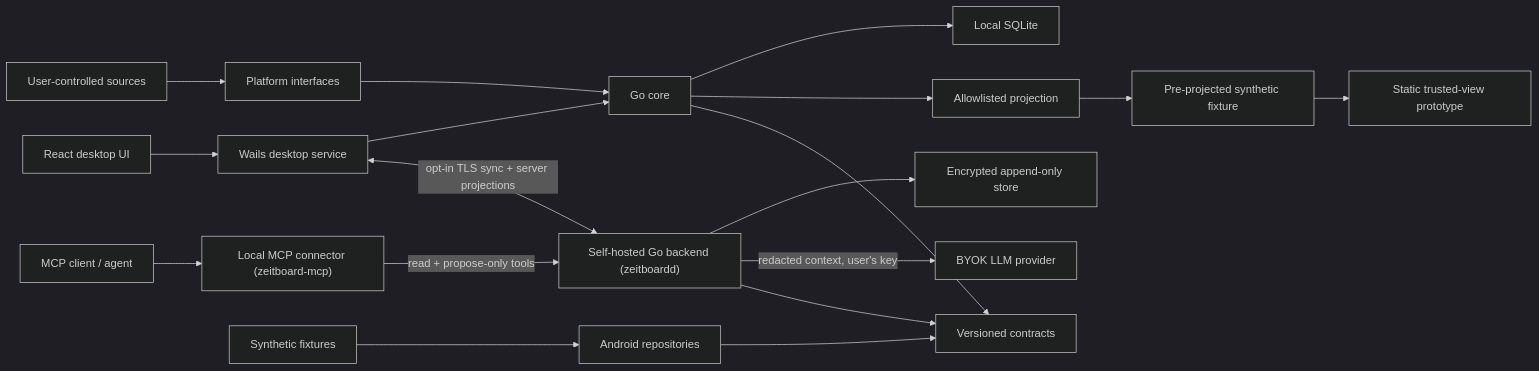
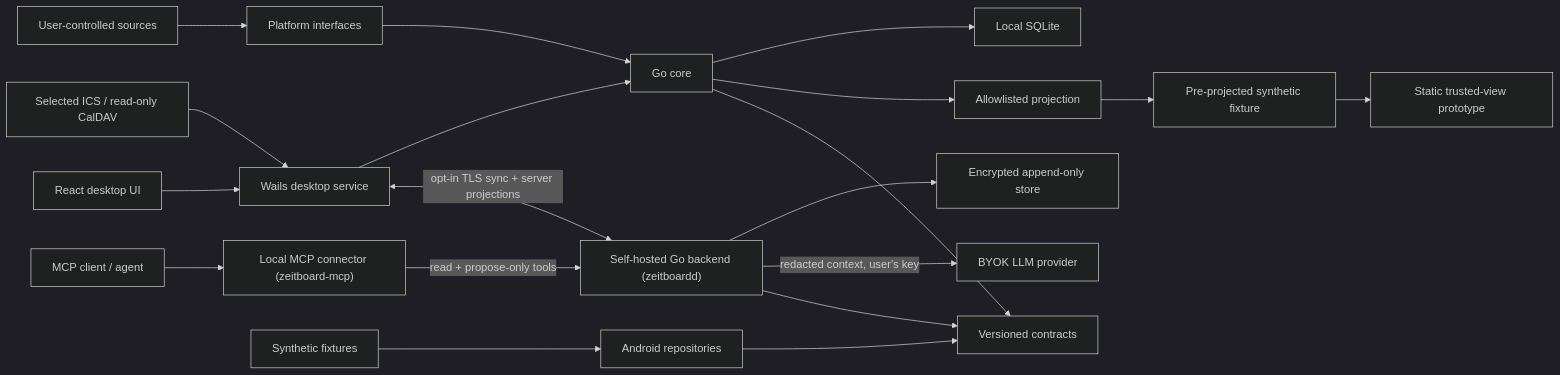
One commit to wellivea1/ZeitBoard changed the diagram in docs/architecture.md. Above: the diagram before and after it, drawn with Mermaid (dark theme). The commit also changed other lines of this file and 29 other files, not shown here.

````diff
--- a/docs/architecture.md
+++ b/docs/architecture.md
@@ -22,20 +22,21 @@
 ```mermaid
 flowchart LR
   Sources["User-controlled sources"] --> Interfaces["Platform interfaces"]
+  CalendarSources["Selected ICS / read-only CalDAV"] --> Desktop
   Interfaces --> Core["Go core"]
   Core --> SQLite["Local SQLite"]
   Core --> Projection["Allowlisted projection"]
   Desktop["Wails desktop service"] --> Core
   DesktopUI["React desktop UI"] --> Desktop
   Desktop <-->|"opt-in TLS sync + server projections"| Server["Self-hosted Go backend (zeitboardd)"]
   Server --> ServerStore["Encrypted append-only store"]
   Server -->|"redacted context, user's key"| LLM["BYOK LLM provider"]
   MCP["Local MCP connector (zeitboard-mcp)"] -->|"read + propose-only tools"| Server
   Agent["MCP client / agent"] --> MCP
   Android["Android repositories"] --> Contracts["Versioned contracts"]
   Fixtures["Synthetic fixtures"] --> Android
   Projection --> TrustedFixture["Pre-projected synthetic fixture"]
   TrustedFixture --> TrustedWeb["Static trusted-view prototype"]
   Core --> Contracts
   Server --> Contracts
 ```
````
